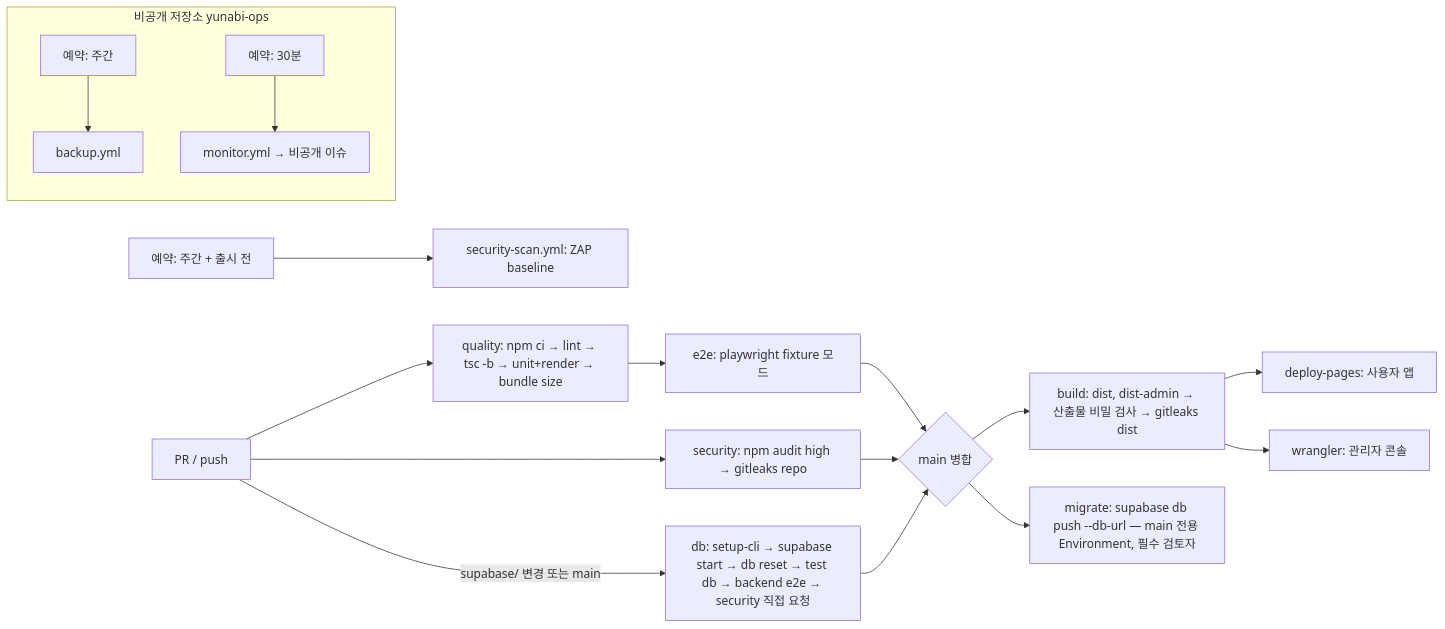
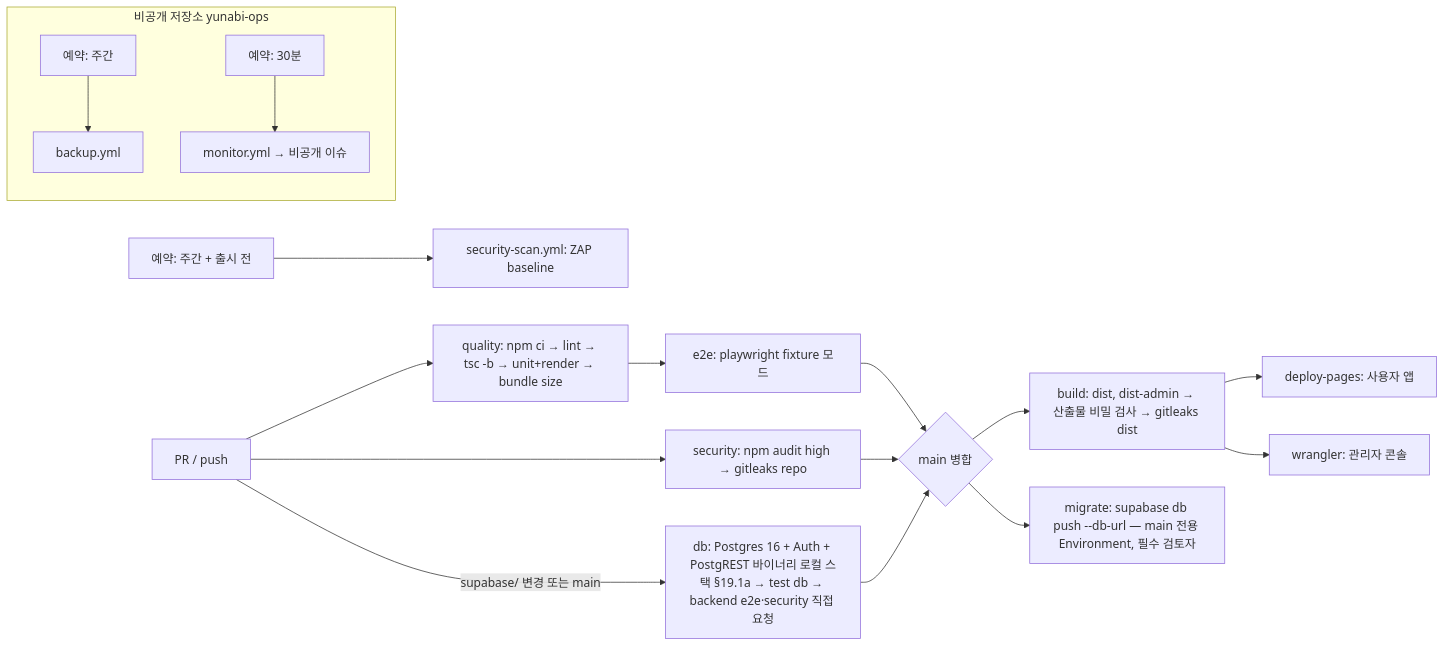
The ninth of 9 diagrams in docs/architecture/rfc/0003-yunabi-v2.md (underthesun7213/yui-board), drawn with Mermaid before and after one commit. The commit also changed other lines of this file and 14 other files, not shown here.

````diff
--- a/docs/architecture/rfc/0003-yunabi-v2.md
+++ b/docs/architecture/rfc/0003-yunabi-v2.md
@@ -899,17 +923,17 @@
 ```mermaid
 flowchart LR
   PR[PR / push] --> Q[quality: npm ci → lint → tsc -b → unit+render → bundle size]
   PR --> SEC[security: npm audit high → gitleaks repo]
   Q --> E2E[e2e: playwright fixture 모드]
-  PR -->|supabase/ 변경 또는 main| DB[db: setup-cli → supabase start → db reset → test db → backend e2e → security 직접 요청]
+  PR -->|supabase/ 변경 또는 main| DB[db: Postgres 16 + Auth + PostgREST 바이너리 로컬 스택 §19.1a → test db → backend e2e·security 직접 요청]
   E2E & DB & SEC --> M{main 병합}
   M --> BUILD[build: dist, dist-admin → 산출물 비밀 검사 → gitleaks dist]
   BUILD --> PAGES[deploy-pages: 사용자 앱]
   BUILD --> CF[wrangler: 관리자 콘솔]
   M --> MIG[migrate: supabase db push --db-url — main 전용 Environment, 필수 검토자]
   CRON3[예약: 주간 + 출시 전] --> ZAP[security-scan.yml: ZAP baseline]
   subgraph OPS["비공개 저장소 yunabi-ops"]
     CRON1[예약: 주간] --> BK[backup.yml]
     CRON2[예약: 30분] --> MON[monitor.yml → 비공개 이슈]
   end
 ```
````
